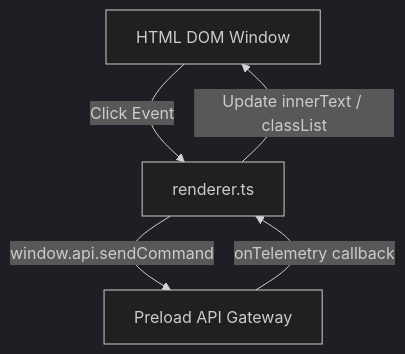
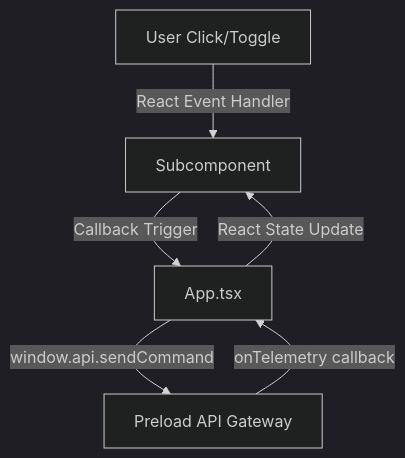
The diagram in src/renderer/CONTEXT.md (Masterslayer7/FocusSentinel), drawn with Mermaid (dark theme) before and after one commit. The commit also changed other lines of this file and 2 other files, not shown here.

First line of the commit message:
docs: update CONTEXT.md files for main, preload, and renderer processes

````diff
--- a/src/renderer/CONTEXT.md
+++ b/src/renderer/CONTEXT.md
@@ -26,8 +21,9 @@
 ```mermaid
 graph TD
-    UI[HTML DOM Window] -->|Click Event| MainScript[renderer.ts]
-    MainScript -->|window.api.sendCommand| Preload[Preload API Gateway]
+    User[User Click/Toggle] -->|React Event Handler| Comp[Subcomponent]
+    Comp -->|Callback Trigger| App[App.tsx]
+    App -->|window.api.sendCommand| Preload[Preload API Gateway]
     
-    Preload -->|onTelemetry callback| MainScript
-    MainScript -->|Update innerText / classList| UI
+    Preload -->|onTelemetry callback| App
+    App -->|React State Update| Comp
 ```
````
